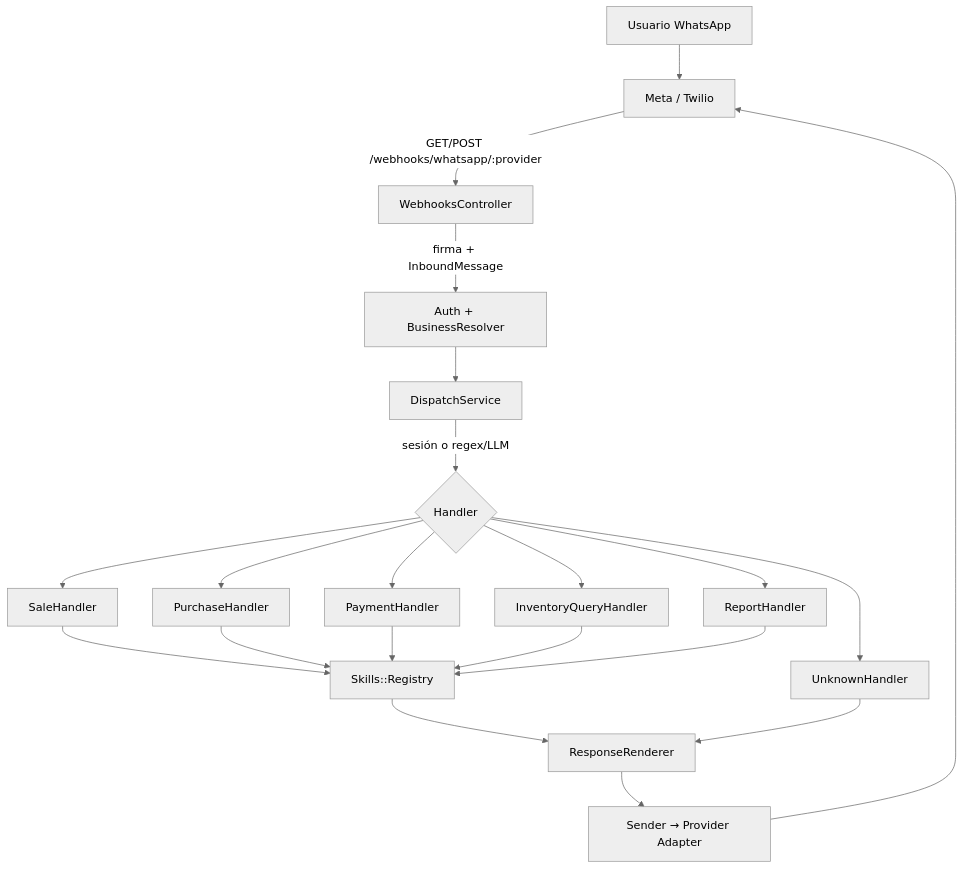
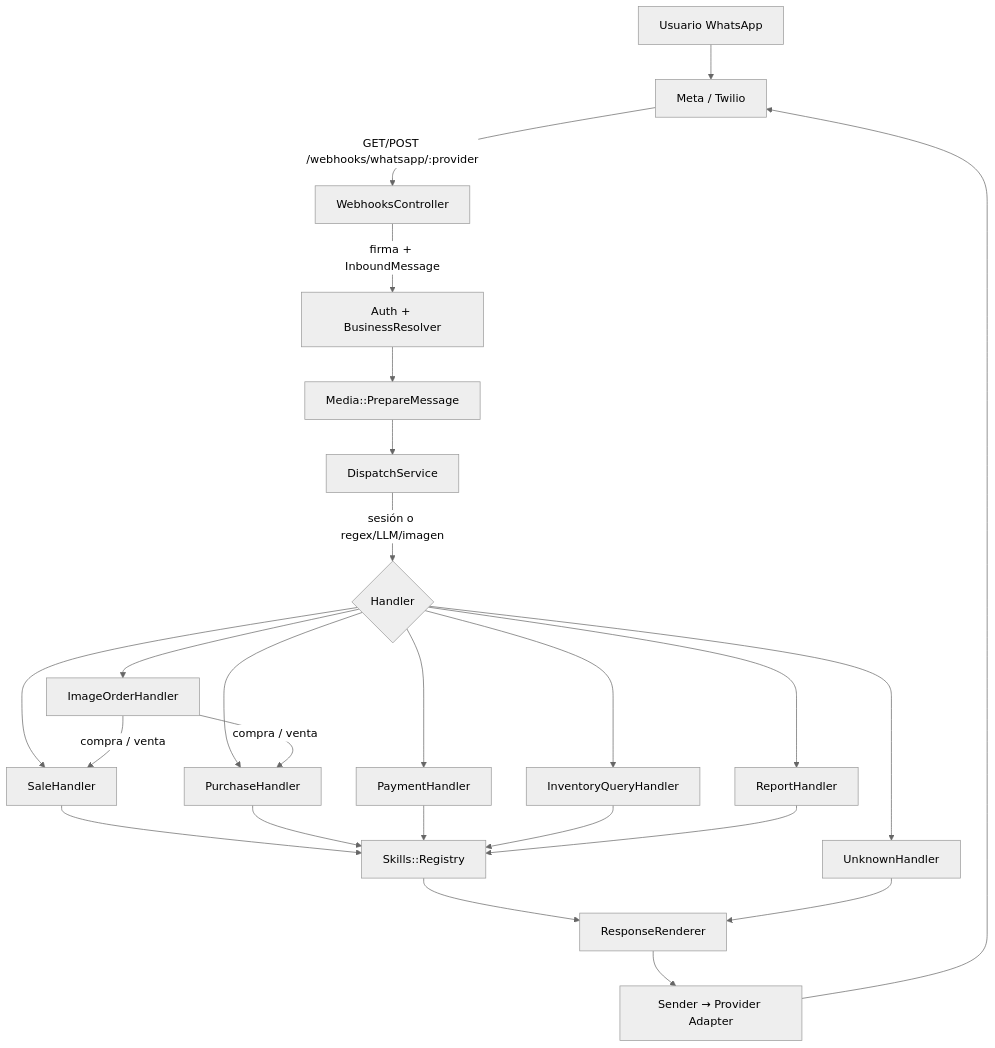
One commit to SunTea43/Hermes changed the diagram in docs/whatsapp-bot.md. Above: the diagram before and after it, drawn with Mermaid (neutral theme). The commit also changed other lines of this file and 3 other files, not shown here.

````diff
--- a/docs/whatsapp-bot.md
+++ b/docs/whatsapp-bot.md
@@ -12,23 +12,27 @@
 ```mermaid
 flowchart TD
   U[Usuario WhatsApp] --> Prov[Meta / Twilio]
   Prov -->|GET/POST /webhooks/whatsapp/:provider| WH[WebhooksController]
   WH -->|firma + InboundMessage| Auth[Auth + BusinessResolver]
-  Auth --> D[DispatchService]
-  D -->|sesión o regex/LLM| H{Handler}
+  Auth --> Prep[Media::PrepareMessage]
+  Prep --> D[DispatchService]
+  D -->|sesión o regex/LLM/imagen| H{Handler}
   H --> Sale[SaleHandler]
   H --> Purchase[PurchaseHandler]
+  H --> ImageOrder[ImageOrderHandler]
   H --> Payment[PaymentHandler]
   H --> Inv[InventoryQueryHandler]
   H --> Report[ReportHandler]
   H --> Unknown[UnknownHandler]
+  ImageOrder -->|compra / venta| Sale
+  ImageOrder -->|compra / venta| Purchase
   Sale --> Skills[Skills::Registry]
   Purchase --> Skills
   Payment --> Skills
   Inv --> Skills
   Report --> Skills
   Skills --> RR[ResponseRenderer]
   Unknown --> RR
   RR --> Sender[Sender → Provider Adapter]
   Sender --> Prov
 ```
````
